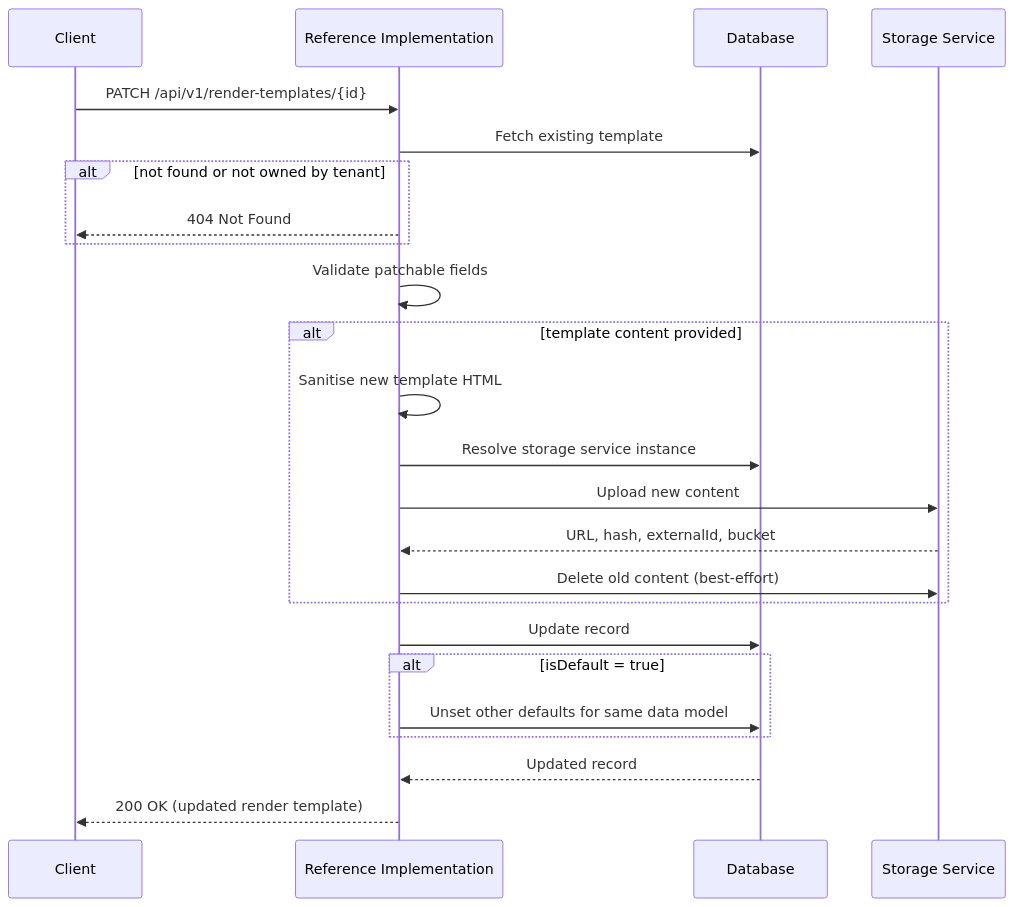
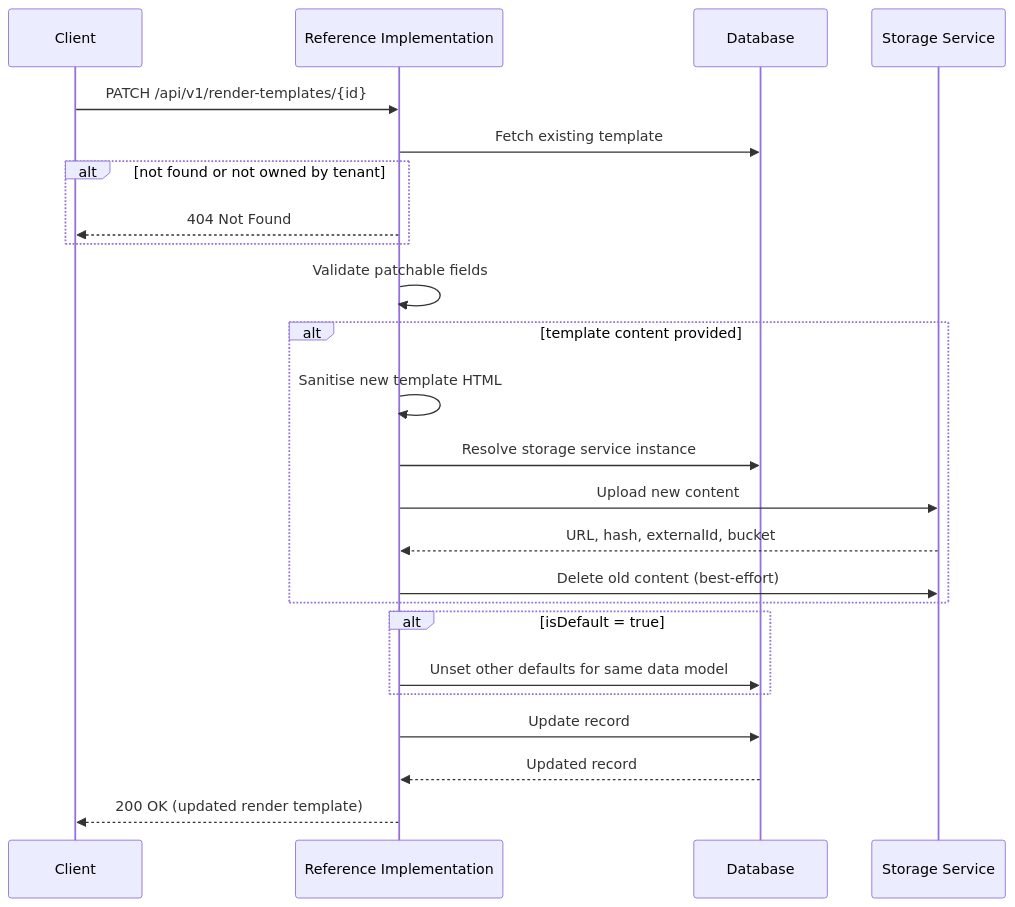
Before and after one commit to uncefact/tests-untp: the third of 4 diagrams in documentation/docs/reference-implementation/api/render-templates.md, drawn with Mermaid. The commit also changed other lines of this file and 21 other files, not shown here.

````diff
--- a/documentation/docs/reference-implementation/api/render-templates.md
+++ b/documentation/docs/reference-implementation/api/render-templates.md
@@ -181,27 +181,27 @@
 ```mermaid
 sequenceDiagram
     participant Client
     participant RI as Reference Implementation
     participant DB as Database
     participant Storage as Storage Service
 
     Client->>RI: PATCH /api/v1/render-templates/{id}
     RI->>DB: Fetch existing template
     alt not found or not owned by tenant
         RI-->>Client: 404 Not Found
     end
     RI->>RI: Validate patchable fields
     alt template content provided
         RI->>RI: Sanitise new template HTML
         RI->>DB: Resolve storage service instance
         RI->>Storage: Upload new content
         Storage-->>RI: URL, hash, externalId, bucket
         RI->>Storage: Delete old content (best-effort)
     end
-    RI->>DB: Update record
     alt isDefault = true
         RI->>DB: Unset other defaults for same data model
     end
+    RI->>DB: Update record
     DB-->>RI: Updated record
     RI-->>Client: 200 OK (updated render template)
 ```
````
